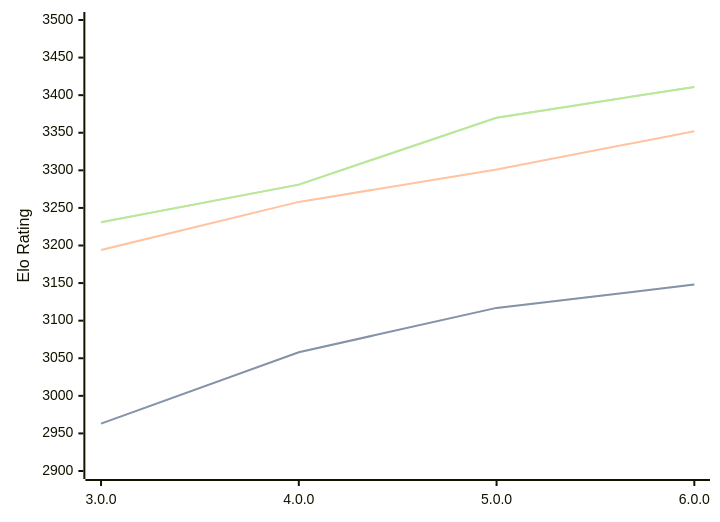
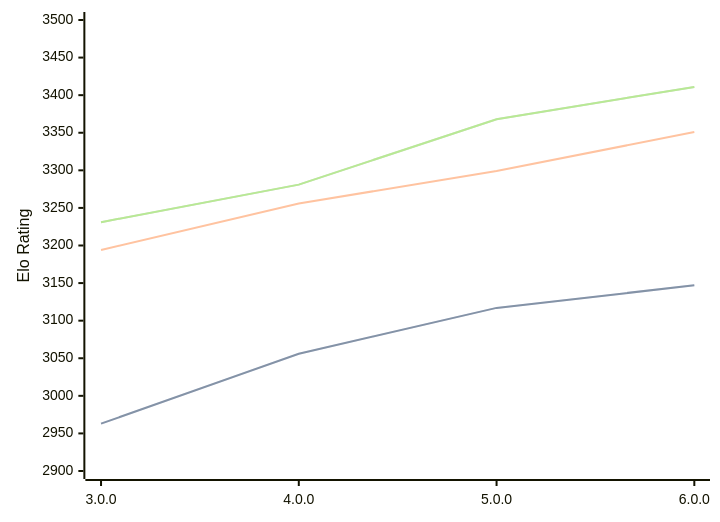
The diagram in engines/Minke.md (computer-chess-index/cci), drawn with Mermaid before and after one commit. The commit also changed other lines of this file, not shown here.

Commit message:
Update CCI Ratings (ELO VLTC) - 2026-06-12

````diff
--- a/engines/Minke.md
+++ b/engines/Minke.md
@@ -36,11 +36,11 @@
 ```mermaid
 %%{init: {"theme":"base","themeVariables":{"seriesColors:['#a3a3a3','#222221','#faa371']}}}%%
 xychart-beta
   x-axis ["3.0.0", "4.0.0", "5.0.0", "6.0.0"]
   y-axis "Elo Rating" 2900 --> 3500
-  line "STC (8.0+0.08s)" [2963, 3058, 3117, 3148]
-  line "STC (8.0+0.08s)" [2963, 3058, 3117, 3148]
-  line "LTC (60.0+0.60s)" [3194, 3258, 3301, 3352]
-  line "VLTC (2m24s+1.12s)" [3231, 3281, 3370, 3411]
-  line "VLTC (2m24s+1.12s)" [3231, 3281, 3370, 3411]
+  line "STC (8.0+0.08s)" [2963, 3056, 3117, 3147]
+  line "STC (8.0+0.08s)" [2963, 3056, 3117, 3147]
+  line "LTC (60.0+0.60s)" [3194, 3256, 3299, 3351]
+  line "VLTC (2m24s+1.12s)" [3231, 3281, 3368, 3411]
+  line "VLTC (2m24s+1.12s)" [3231, 3281, 3368, 3411]
 ```
````
